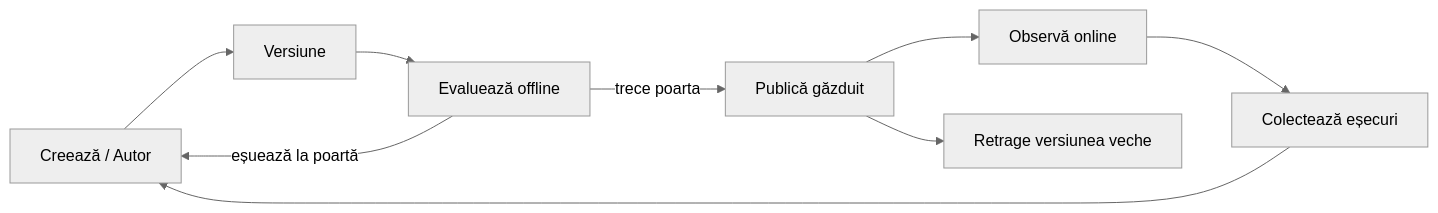
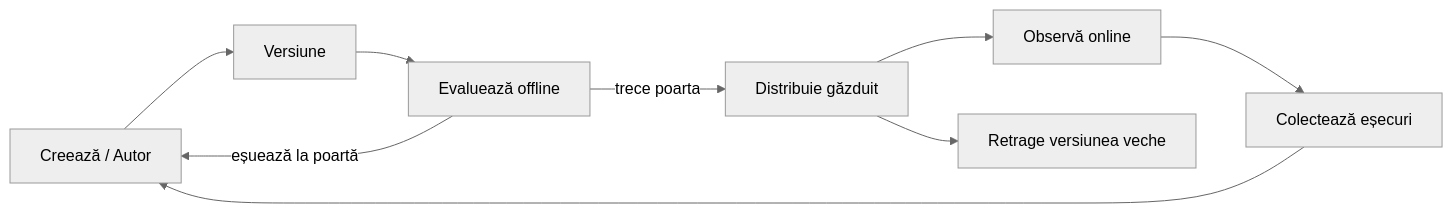
Before and after one commit to microsoft/ai-agents-for-beginners: the second of 4 diagrams in translations/ro/16-deploying-scalable-agents/README.md, drawn with Mermaid (neutral theme). The commit also changed other lines of this file and 46 other files, not shown here.

````diff
--- a/translations/ro/16-deploying-scalable-agents/README.md
+++ b/translations/ro/16-deploying-scalable-agents/README.md
@@ -108,11 +108,11 @@
 ```mermaid
 flowchart LR
     Create[Creează / Autor] --> Version[Versiune]
     Version --> Evaluate[Evaluează offline]
-    Evaluate -->|trece poarta| Deploy[Publică găzduit]
+    Evaluate -->|trece poarta| Deploy[Distribuie găzduit]
     Evaluate -->|eșuează la poartă| Create
     Deploy --> Observe[Observă online]
     Observe --> Improve[Colectează eșecuri]
     Improve --> Create
     Deploy --> Retire[Retrage versiunea veche]
 ```
````
